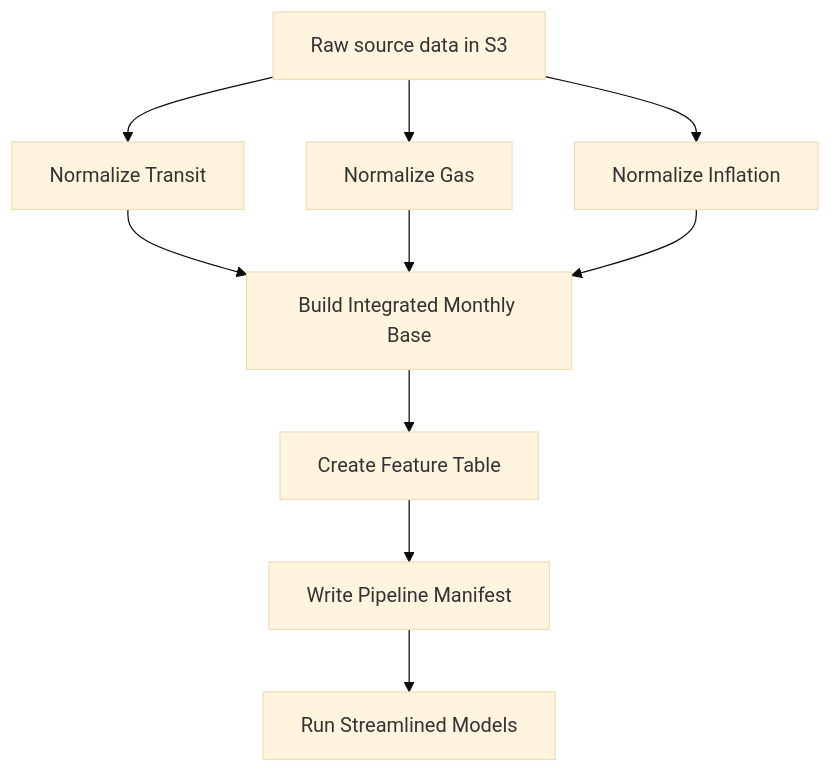
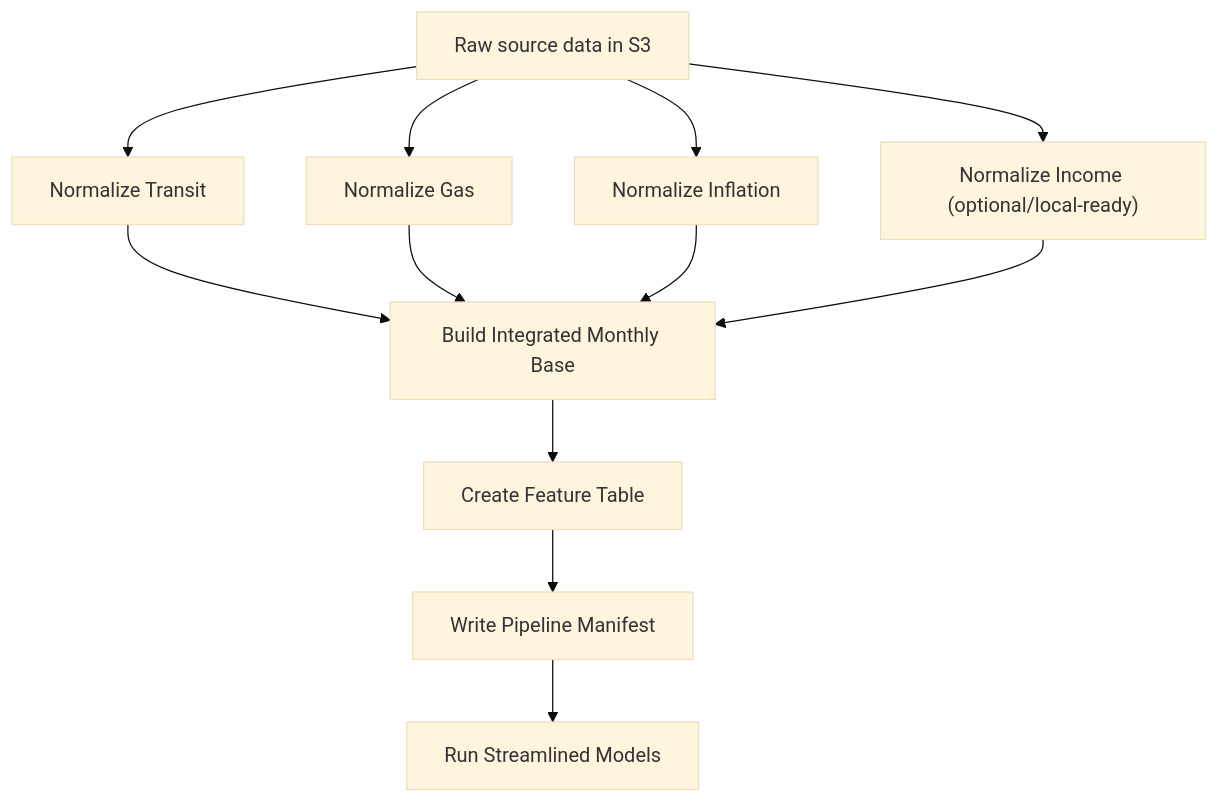
One commit to jon171137/transit-ml-pipeline changed the diagram in README.md. Above: the diagram before and after it, drawn with Mermaid (base theme). The commit also changed other lines of this file and 2 other files, not shown here.

````diff
--- a/README.md
+++ b/README.md
@@ -29,12 +29,14 @@
 ```mermaid
 flowchart TD
     A["Raw source data in S3"] --> B["Normalize Transit"]
     A --> C["Normalize Gas"]
     A --> D["Normalize Inflation"]
+    A --> I["Normalize Income (optional/local-ready)"]
     B --> E["Build Integrated Monthly Base"]
     C --> E
     D --> E
+    I --> E
     E --> F["Create Feature Table"]
     F --> G["Write Pipeline Manifest"]
     G --> H["Run Streamlined Models"]
 ```
````
